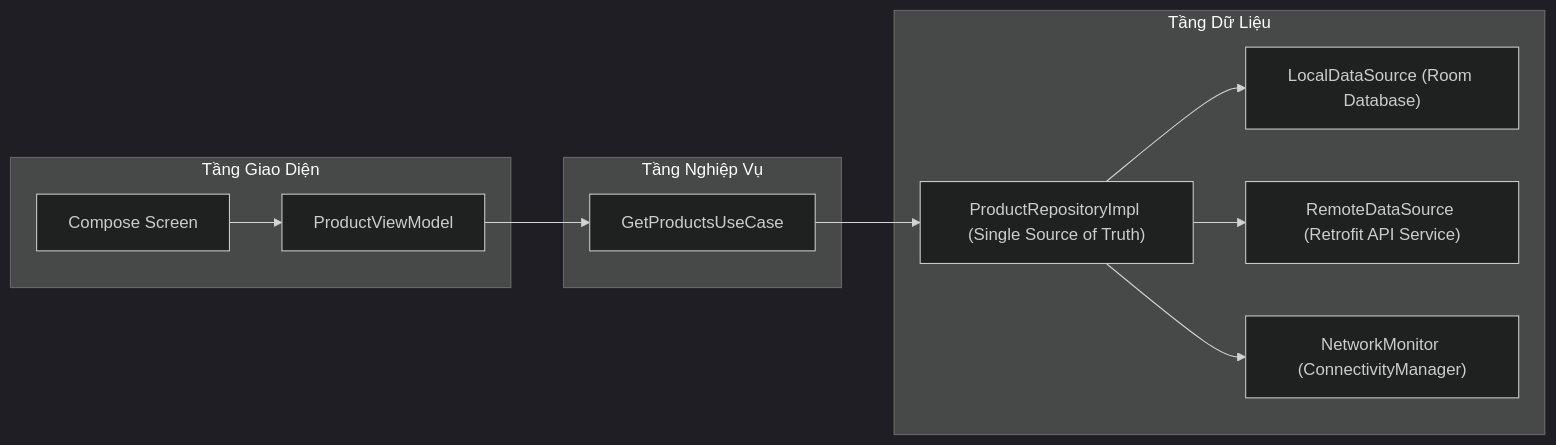
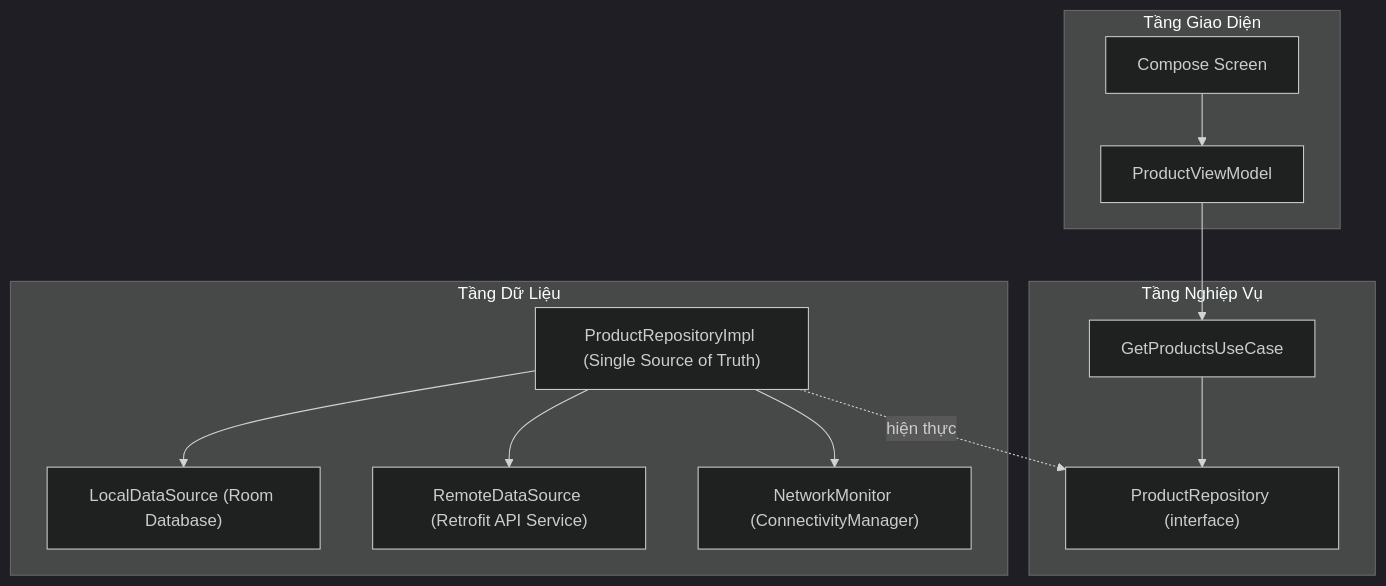
The seventh of 8 diagrams in knowledge/android/docs/session_05/networking.md (h1eu/knowledge), drawn with Mermaid (dark theme) before and after one commit. The commit also changed other lines of this file and 5 other files, not shown here.

First line of the commit message:
docs(android): fix Clean Architecture dependency direction in S04/S05 diagrams

````diff
--- a/knowledge/android/docs/session_05/networking.md
+++ b/knowledge/android/docs/session_05/networking.md
@@ -585,25 +585,27 @@
 ```mermaid
-graph LR
+graph TD
     subgraph PresentationLayer ["Tầng Giao Diện"]
         UI["Compose Screen"]
         VM["ProductViewModel"]
     end
 
     subgraph DomainLayer ["Tầng Nghiệp Vụ"]
         UC["GetProductsUseCase"]
+        RepoApi["ProductRepository (interface)"]
     end
 
     subgraph DataLayer ["Tầng Dữ Liệu"]
         Repo["ProductRepositoryImpl (Single Source of Truth)"]
         Local["LocalDataSource (Room Database)"]
         Remote["RemoteDataSource (Retrofit API Service)"]
         NetMon["NetworkMonitor (ConnectivityManager)"]
     end
 
     UI --> VM
     VM --> UC
-    UC --> Repo
+    UC --> RepoApi
+    Repo -.->|hiện thực| RepoApi
     Repo --> Local
     Repo --> Remote
     Repo --> NetMon
 ```
````
